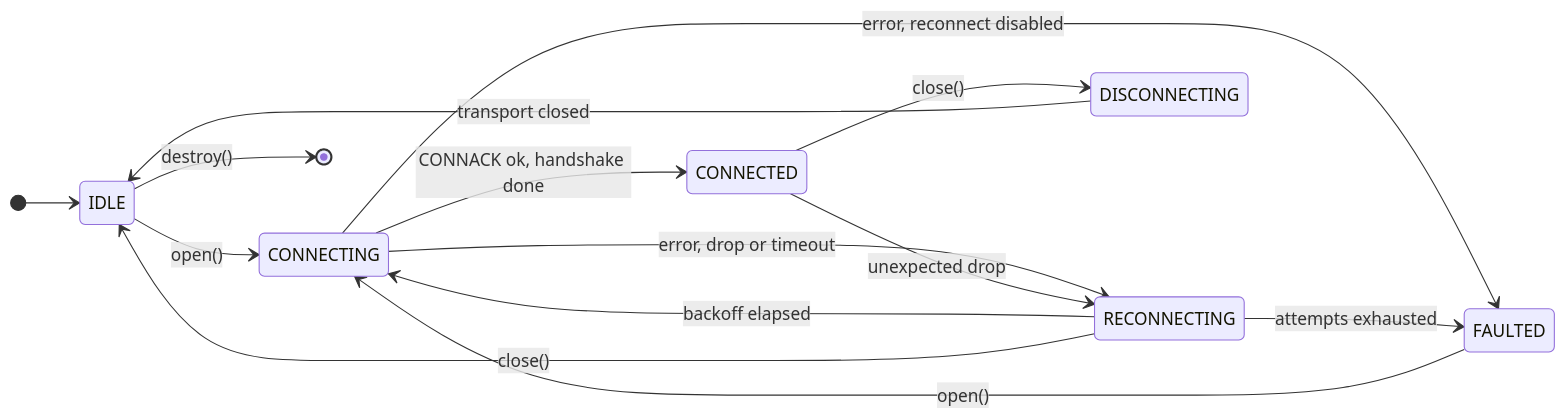
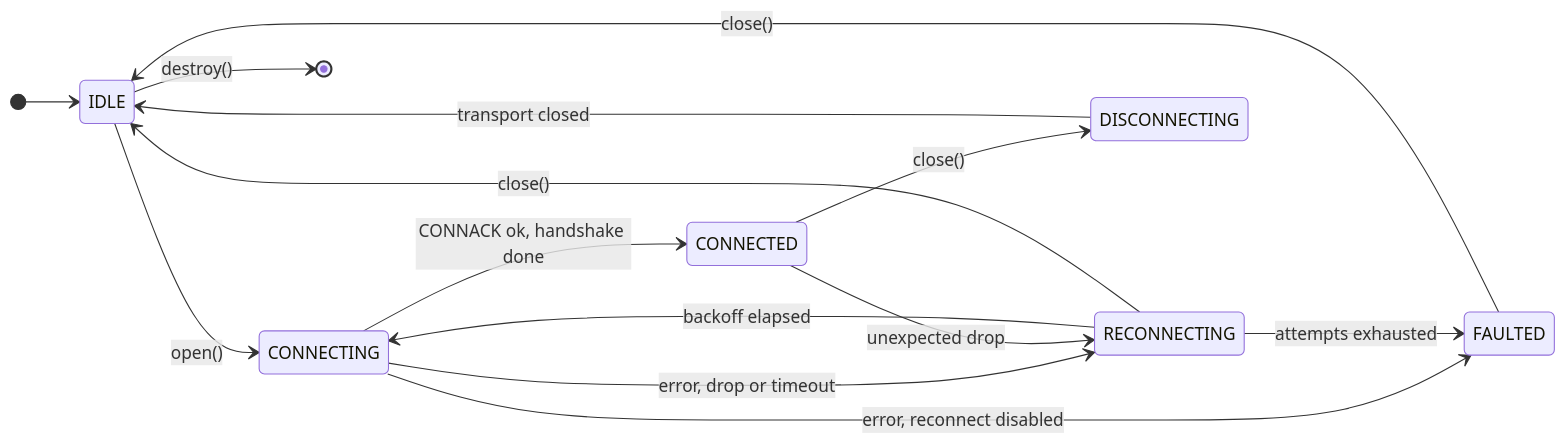
Before and after one commit to Azure/azure-iot-sdk: the first of 9 diagrams in c/docs/connection.md, drawn with Mermaid. The commit also changed other lines of this file and 5 other files, not shown here.

First line of the commit message:
Make close() a legal exit from FAULTED (#213)

````diff
--- a/c/docs/connection.md
+++ b/c/docs/connection.md
@@ -60,17 +60,17 @@
 ```mermaid
 stateDiagram-v2
     direction LR
     [*] --> IDLE
     IDLE --> CONNECTING: open()
     CONNECTING --> CONNECTED: CONNACK ok, handshake done
     CONNECTING --> RECONNECTING: error, drop or timeout
     CONNECTING --> FAULTED: error, reconnect disabled
     CONNECTED --> RECONNECTING: unexpected drop
     CONNECTED --> DISCONNECTING: close()
     RECONNECTING --> CONNECTING: backoff elapsed
     RECONNECTING --> FAULTED: attempts exhausted
     RECONNECTING --> IDLE: close()
     DISCONNECTING --> IDLE: transport closed
-    FAULTED --> CONNECTING: open()
+    FAULTED --> IDLE: close()
     IDLE --> [*]: destroy()
 ```
````
